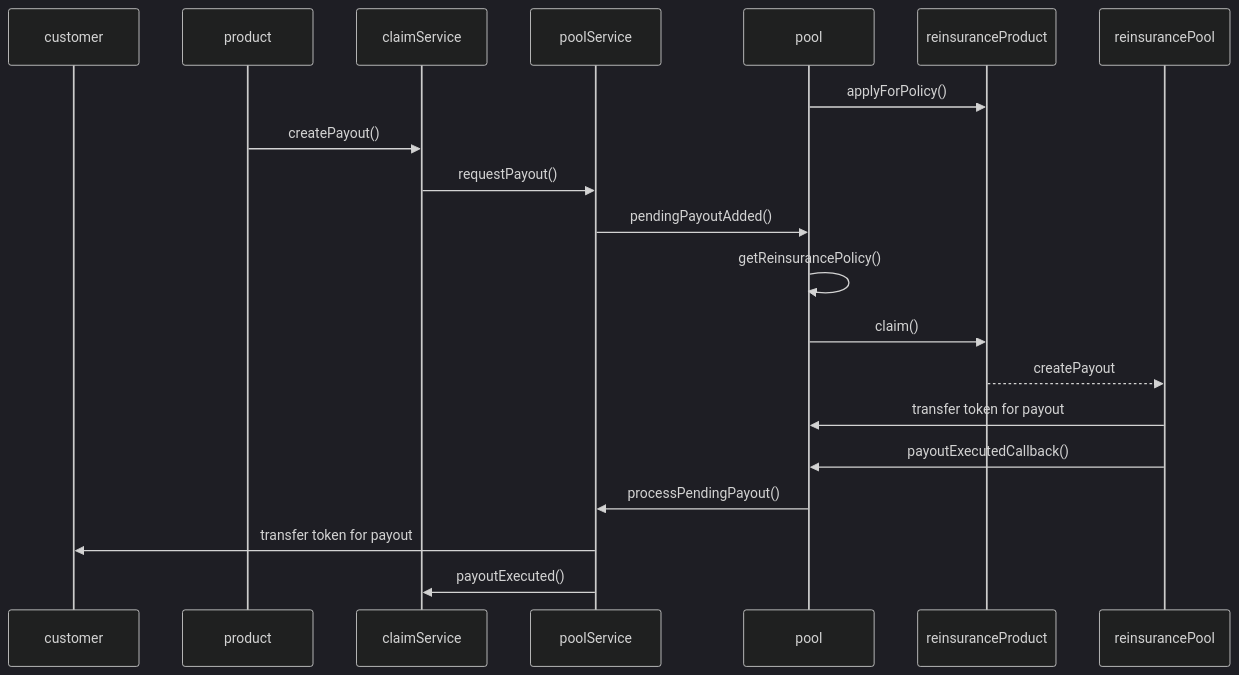
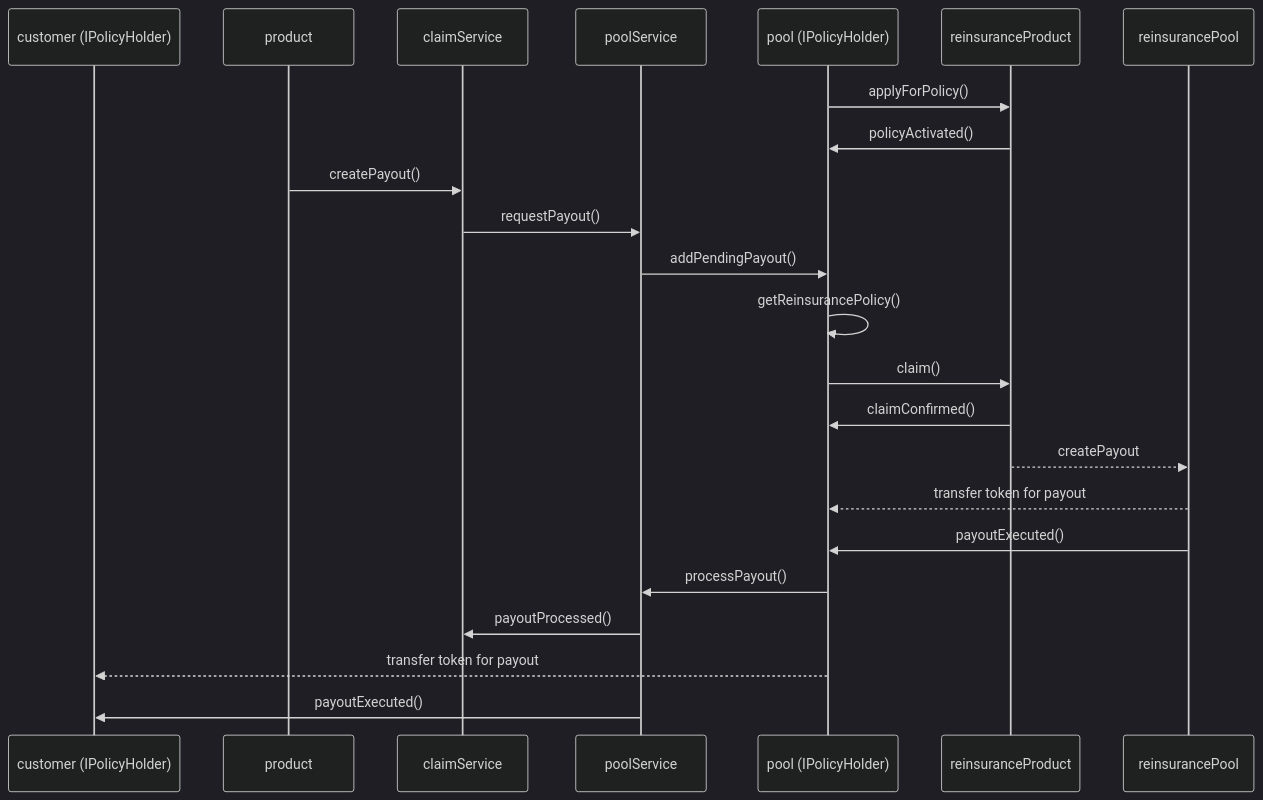
One commit to etherisc/gif-next changed the second of 2 diagrams in docs_manual/payout_handling.md. Above: the diagram before and after it, drawn with Mermaid (dark theme). The commit also changed other lines of this file and 15 other files, not shown here.

Commit message:
move create/processPayout to ClaimService

````diff
--- a/docs_manual/payout_handling.md
+++ b/docs_manual/payout_handling.md
@@ -39,20 +39,23 @@
 ```mermaid
 sequenceDiagram 
-  participant customer
+  participant customer as customer (IPolicyHolder)
   participant product
   participant claimService
   participant poolService
-  participant pool
+  participant pool as pool (IPolicyHolder)
   pool ->> reinsuranceProduct: applyForPolicy()
+ reinsuranceProduct ->> pool: policyActivated()
   product->>claimService: createPayout()
   claimService ->> poolService: requestPayout()
-  poolService ->> pool: pendingPayoutAdded()
+  poolService ->> pool: addPendingPayout()
   pool ->> pool: getReinsurancePolicy()
   pool ->> reinsuranceProduct: claim()
+  reinsuranceProduct ->> pool: claimConfirmed()
   reinsuranceProduct -->> reinsurancePool: createPayout
-  reinsurancePool ->> pool: transfer token for payout
-  reinsurancePool ->> pool: payoutExecutedCallback()
-  pool ->> poolService: processPendingPayout()
-  poolService ->> customer: transfer token for payout
-  poolService ->> claimService: payoutExecuted()
+  reinsurancePool -->> pool: transfer token for payout
+  reinsurancePool ->> pool: payoutExecuted()
+  pool ->> poolService: processPayout()
+  poolService ->> claimService: payoutProcessed()
+  pool -->> customer: transfer token for payout
+  poolService ->> customer: payoutExecuted()
 ```
````
